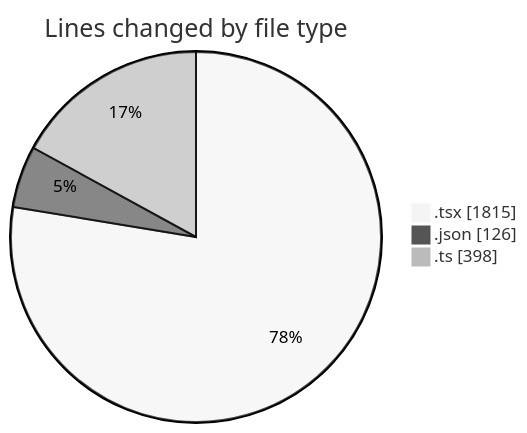
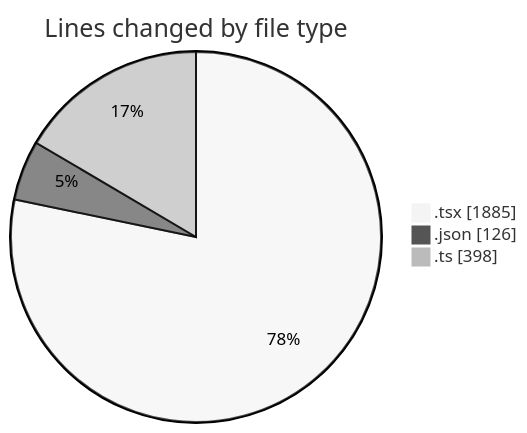
One commit to nxtqubesakshisongat/code-tracking changed the first of 2 diagrams in 2026-03-30/nxtqube_webapp/README.md. Above: the diagram before and after it, drawn with Mermaid (neutral theme). The commit also changed other lines of this file and 1 other file, not shown here.

````diff
--- a/2026-03-30/nxtqube_webapp/README.md
+++ b/2026-03-30/nxtqube_webapp/README.md
@@ -25,7 +25,7 @@
 ```mermaid
 pie showData
 title Lines changed by file type
-".tsx" : 1815
+".tsx" : 1885
 ".json" : 126
 ".ts" : 398
 ```
````
